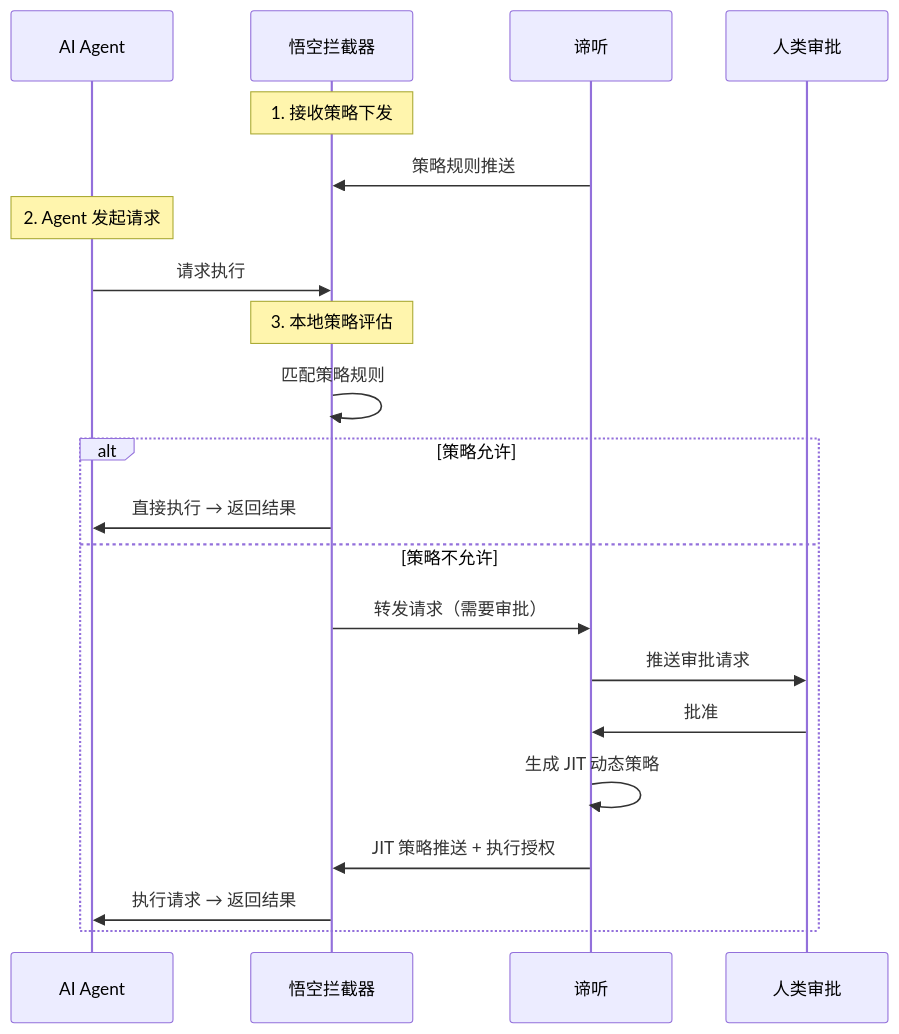
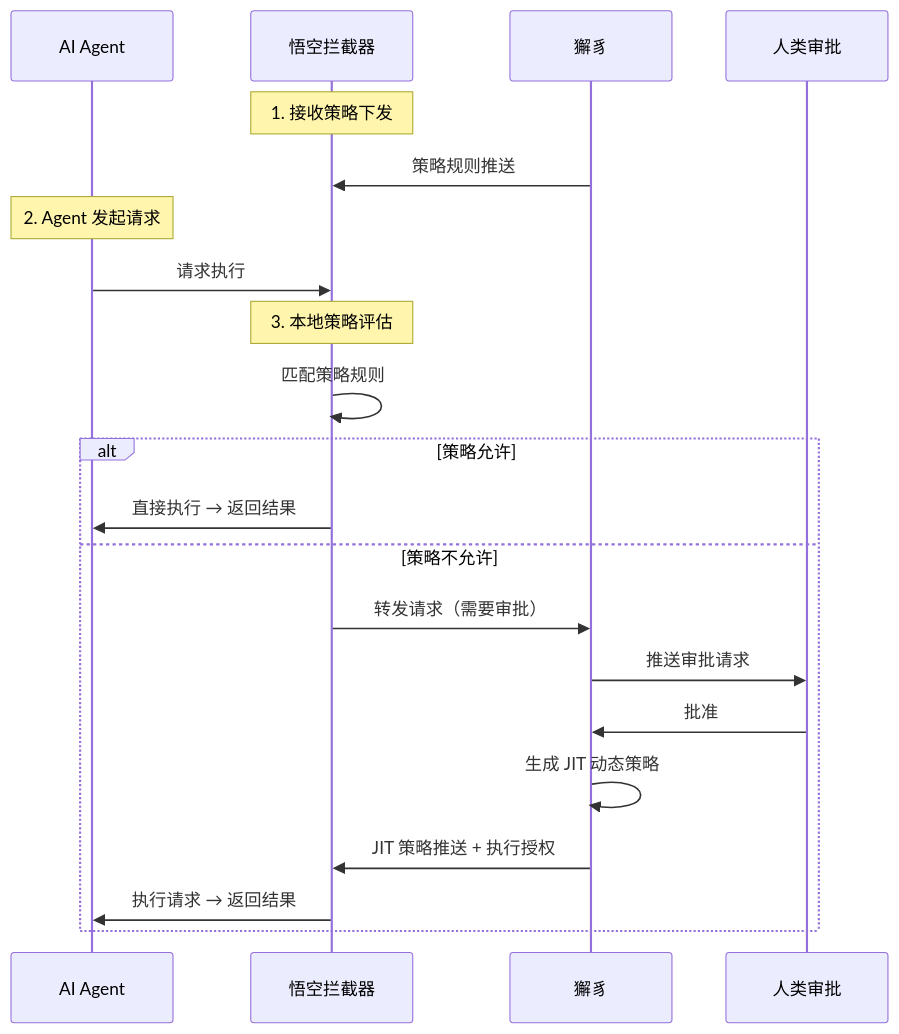
The diagram in docs/discussing/动态策略生命周期管理-提案.md (ZiweiAxis/nezha), drawn with Mermaid before and after one commit. The commit also changed other lines of this file and 45 other files, not shown here.

````diff
--- a/docs/discussing/动态策略生命周期管理-提案.md
+++ b/docs/discussing/动态策略生命周期管理-提案.md
@@ -64,27 +64,27 @@
 ```mermaid
 sequenceDiagram
     participant Agent as AI Agent
     participant Wukong as 悟空拦截器
-    participant Diting as 谛听
+    participant Xiezhi as 獬豸
     participant Human as 人类审批
 
     Note over Wukong: 1. 接收策略下发
-    Diting->>Wukong: 策略规则推送
+    Xiezhi->>Wukong: 策略规则推送
 
     Note over Agent: 2. Agent 发起请求
     Agent->>Wukong: 请求执行
 
     Note over Wukong: 3. 本地策略评估
     Wukong->>Wukong: 匹配策略规则
 
     alt 策略允许
         Wukong->>Agent: 直接执行 → 返回结果
     else 策略不允许
-        Wukong->>Diting: 转发请求（需要审批）
-        Diting->>Human: 推送审批请求
-        Human->>Diting: 批准
-        Diting->>Diting: 生成 JIT 动态策略
-        Diting->>Wukong: JIT 策略推送 + 执行授权
+        Wukong->>Xiezhi: 转发请求（需要审批）
+        Xiezhi->>Human: 推送审批请求
+        Human->>Xiezhi: 批准
+        Xiezhi->>Xiezhi: 生成 JIT 动态策略
+        Xiezhi->>Wukong: JIT 策略推送 + 执行授权
         Wukong->>Agent: 执行请求 → 返回结果
     end
 ```
````
